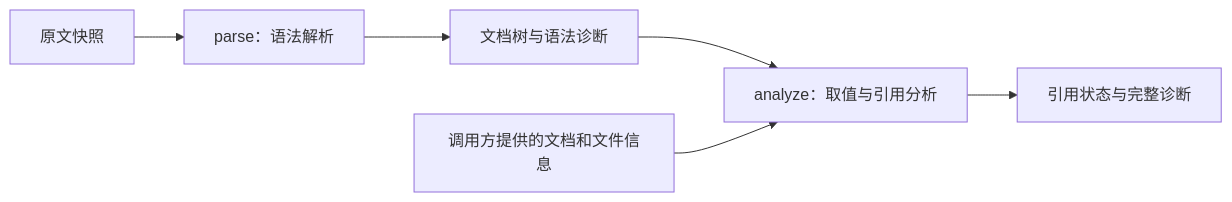
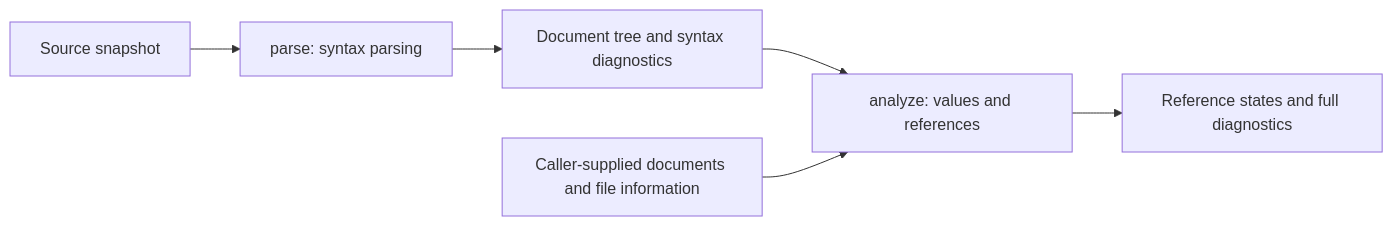
Before and after one commit to WallyHao/wallyhao.github.io: the diagram in docs/org/model.md, drawn with Mermaid. The commit also changed other lines of this file and 161 other files, not shown here.

````diff
--- a/docs/org/model.md
+++ b/docs/org/model.md
@@ -11,8 +11,8 @@
 ```mermaid
 flowchart LR
-    S[原文快照] --> P[parse：语法解析]
-    P --> T[文档树与语法诊断]
-    T --> A[analyze：取值与引用分析]
-    C[调用方提供的文档和文件信息] --> A
-    A --> R[引用状态与完整诊断]
+    S[Source snapshot] --> P[parse: syntax parsing]
+    P --> T[Document tree and syntax diagnostics]
+    T --> A[analyze: values and references]
+    C[Caller-supplied documents and file information] --> A
+    A --> R[Reference states and full diagnostics]
 ```
````
